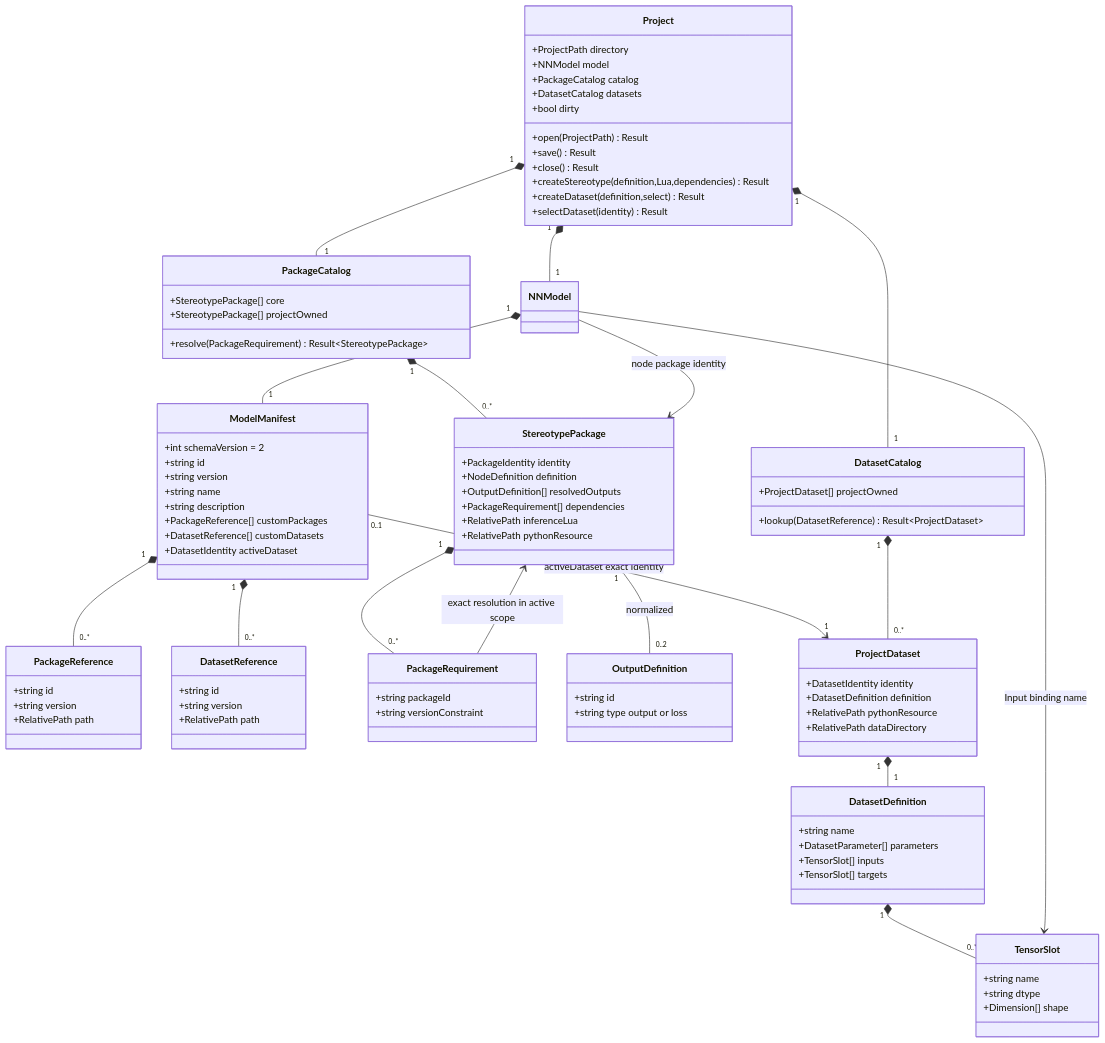
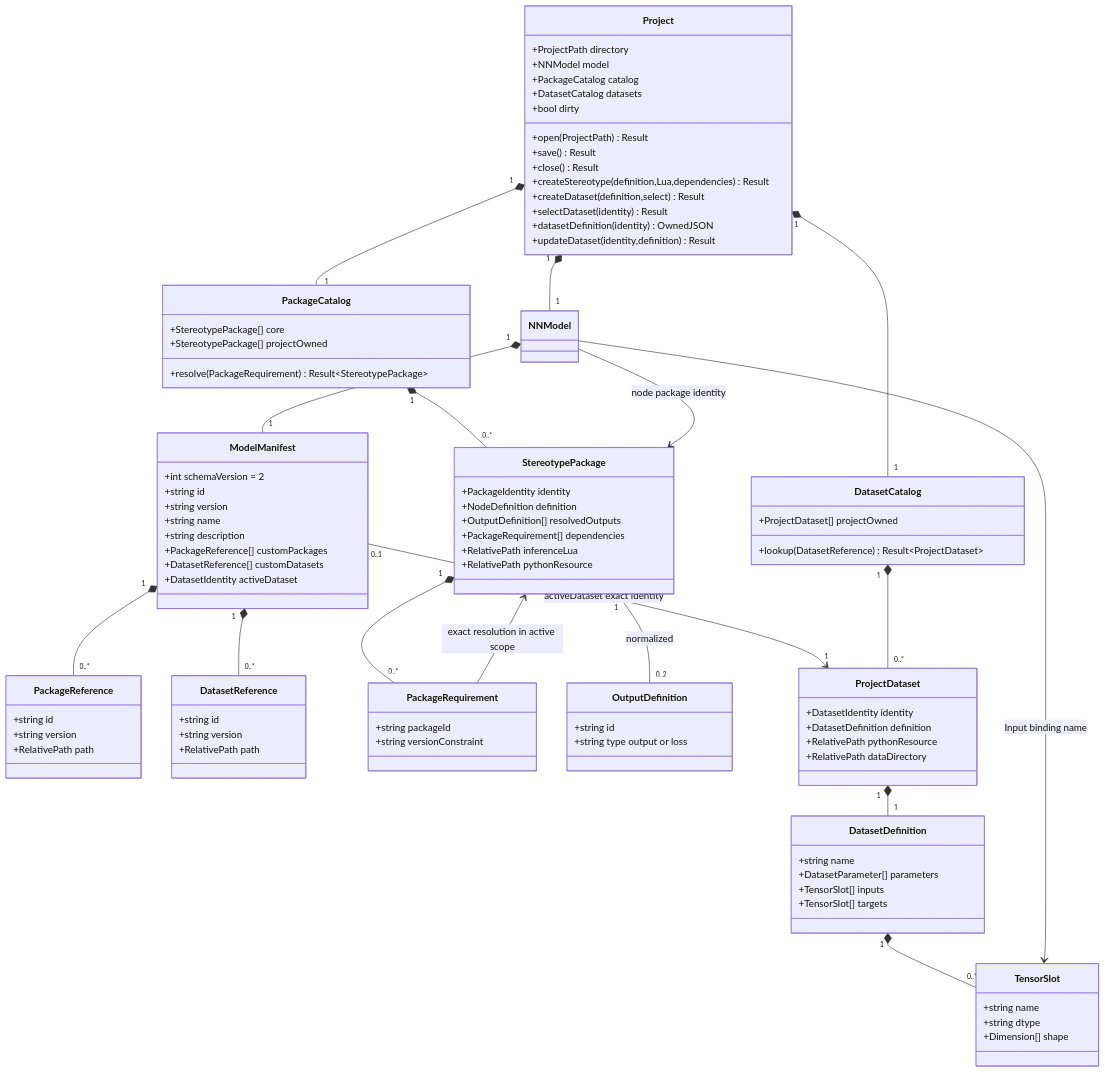
The diagram in docs/knowledge/uml/project.md (LucaSforza/nnmodelling-ui), drawn with Mermaid before and after one commit. The commit also changed other lines of this file and 21 other files, not shown here.

```diff
--- a/docs/knowledge/uml/project.md
+++ b/docs/knowledge/uml/project.md
@@ -22,6 +22,8 @@
         +createStereotype(definition,Lua,dependencies) Result
         +createDataset(definition,select) Result
         +selectDataset(identity) Result
+        +datasetDefinition(identity) OwnedJSON
+        +updateDataset(identity,definition) Result
       }
       class ModelManifest {
         +int schemaVersion = 2
```
